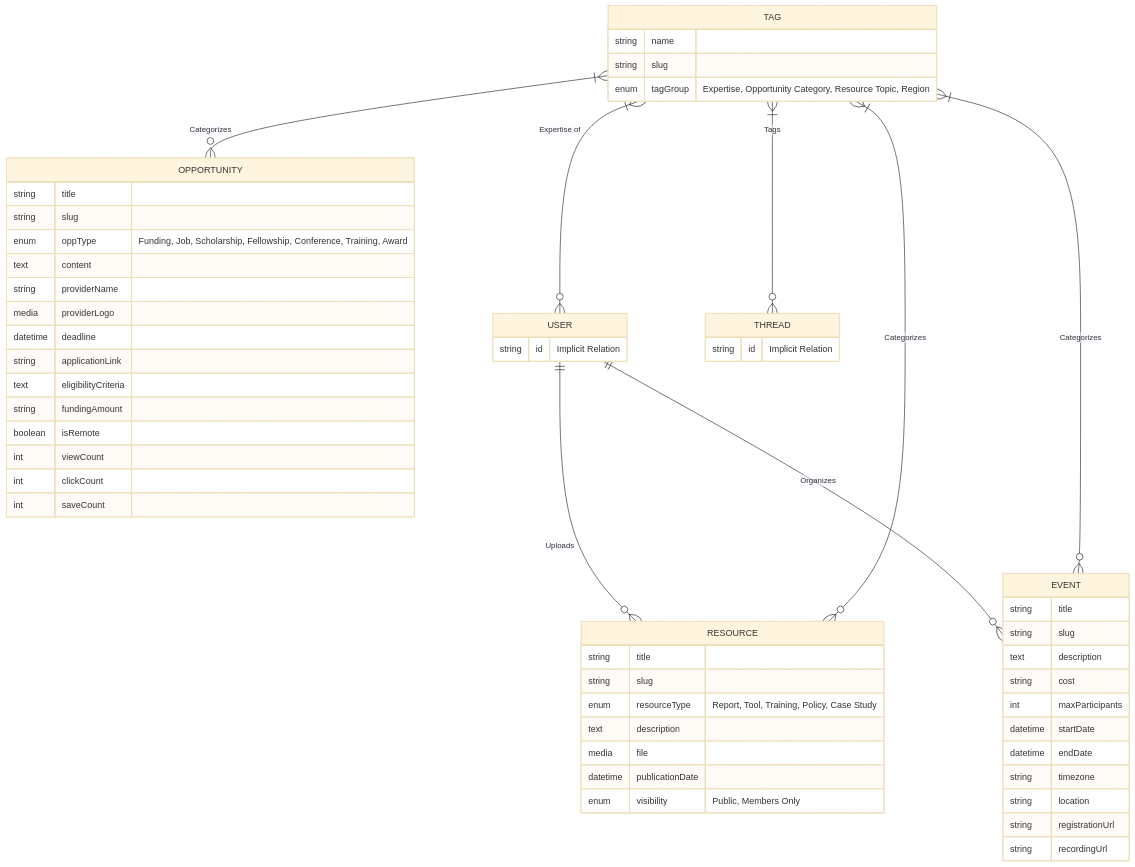
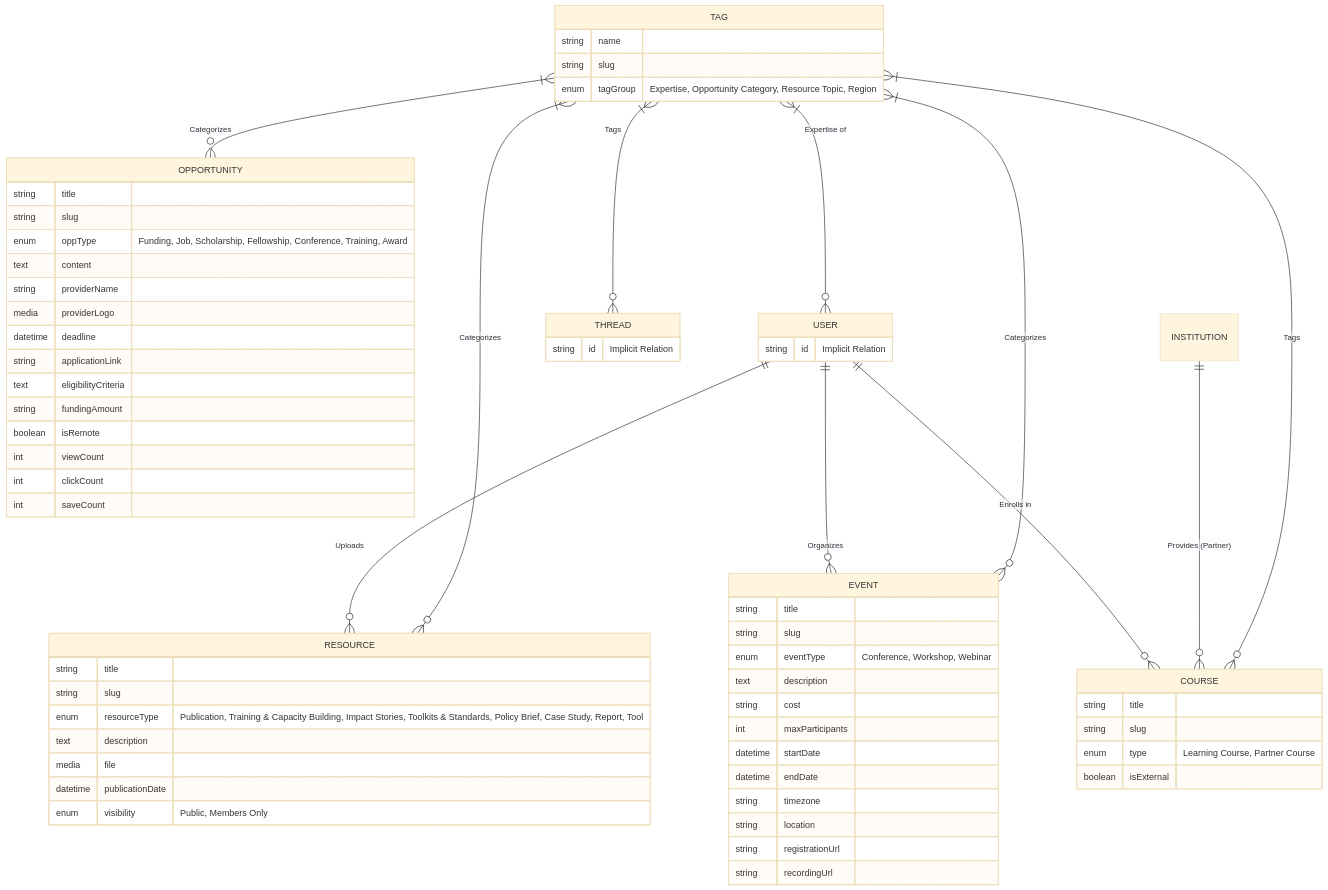
Before and after one commit to akvo/science-for-africa: the fourth of 4 diagrams in agent_docs/architecture.md, drawn with Mermaid (base theme). The commit also changed other lines of this file, not shown here.

Commit message:
[#2] docs(architecture): align ERD with Figma site map and Google Doc specifications

````diff
--- a/agent_docs/architecture.md
+++ b/agent_docs/architecture.md
@@ -285,68 +300,79 @@
 ```mermaid
 erDiagram
     TAG {
         string name
         string slug
         enum tagGroup "Expertise, Opportunity Category, Resource Topic, Region"
     }
 
     RESOURCE {
         string title
         string slug
-        enum resourceType "Report, Tool, Training, Policy, Case Study"
+        enum resourceType "Publication, Training & Capacity Building, Impact Stories, Toolkits & Standards, Policy Brief, Case Study, Report, Tool"
         text description
         media file
         datetime publicationDate
         enum visibility "Public, Members Only"
     }
 
     OPPORTUNITY {
         string title
         string slug
         enum oppType "Funding, Job, Scholarship, Fellowship, Conference, Training, Award"
         text content
         string providerName
         media providerLogo
         datetime deadline
         string applicationLink
         text eligibilityCriteria
         string fundingAmount
         boolean isRemote
         int viewCount
         int clickCount
         int saveCount
     }
 
     EVENT {
         string title
         string slug
+        enum eventType "Conference, Workshop, Webinar"
         text description
         string cost
         int maxParticipants
         datetime startDate
         datetime endDate
         string timezone
         string location
         string registrationUrl
         string recordingUrl
+    }
+
+    COURSE {
+        string title
+        string slug
+        enum type "Learning Course, Partner Course"
+        boolean isExternal
     }
 
     %% Core Entity References
     USER {
         string id "Implicit Relation"
     }
 
     THREAD {
         string id "Implicit Relation"
     }
 
     %% Relationships
     USER ||--o{ RESOURCE : "Uploads"
     USER ||--o{ EVENT : "Organizes"
+    USER ||--o{ COURSE : "Enrolls in"
+    INSTITUTION ||--o{ COURSE : "Provides (Partner)"
 
     TAG }|--o{ USER : "Expertise of"
     TAG }|--o{ OPPORTUNITY : "Categorizes"
     TAG }|--o{ RESOURCE : "Categorizes"
     TAG }|--o{ EVENT : "Categorizes"
     TAG }|--o{ THREAD : "Tags"
+    TAG }|--o{ COURSE : "Tags"
 ```
````
